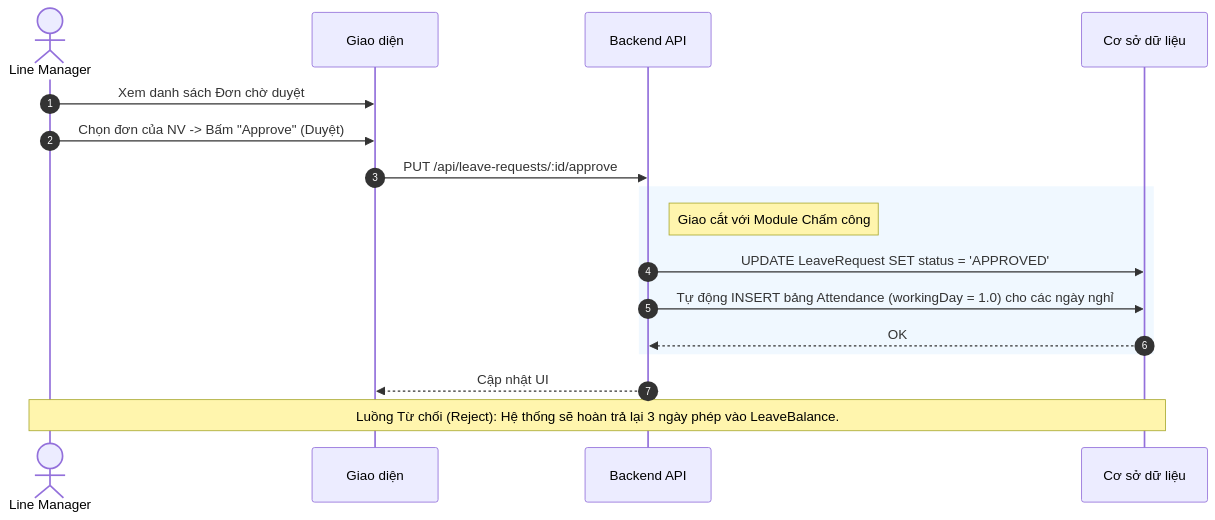
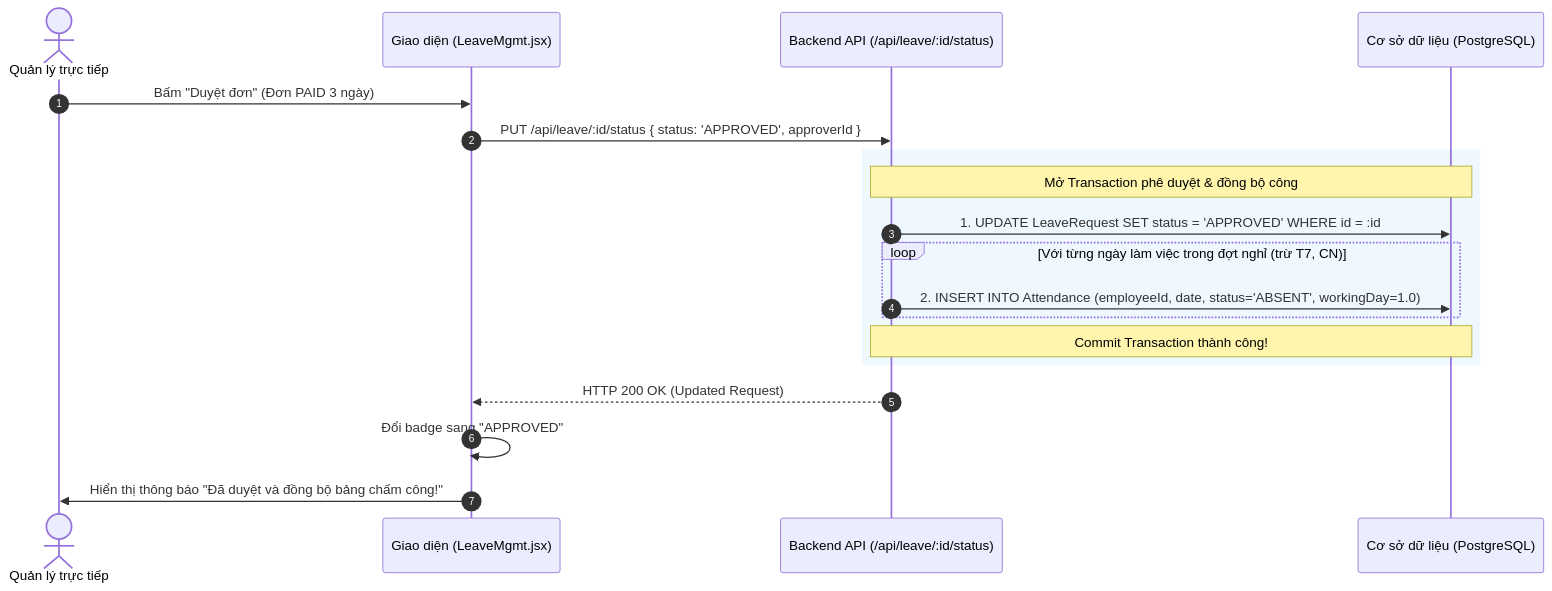
Before and after one commit to aye2710/HRM-DATN: the seventh of 7 diagrams in docs/Tài liệu phân tích nghiệp vụ từng module/Module Nghỉ phép và OT/Chuc-nang-Nghi-Phep.md, drawn with Mermaid. The commit also changed other lines of this file and 27 other files, not shown here.

````diff
--- a/docs/Tài liệu phân tích nghiệp vụ từng module/Module Nghỉ phép và OT/Chuc-nang-Nghi-Phep.md
+++ b/docs/Tài liệu phân tích nghiệp vụ từng module/Module Nghỉ phép và OT/Chuc-nang-Nghi-Phep.md
@@ -43,23 +263,25 @@
 ```mermaid
 sequenceDiagram
     autonumber
-    actor MNG as Line Manager
-    participant FE as Giao diện
-    participant BE as Backend API
-    participant DB as Cơ sở dữ liệu
+    actor MGR as Quản lý trực tiếp
+    participant FE as Giao diện (LeaveMgmt.jsx)
+    participant BE as Backend API (/api/leave/:id/status)
+    participant DB as Cơ sở dữ liệu (PostgreSQL)
 
-    MNG->>FE: Xem danh sách Đơn chờ duyệt
-    MNG->>FE: Chọn đơn của NV -> Bấm "Approve" (Duyệt)
-    FE->>BE: PUT /api/leave-requests/:id/approve
+    MGR->>FE: Bấm "Duyệt đơn" (Đơn PAID 3 ngày)
+    FE->>BE: PUT /api/leave/:id/status { status: 'APPROVED', approverId }
     
     rect rgb(240, 248, 255)
-        note right of BE: Giao cắt với Module Chấm công
-        BE->>DB: UPDATE LeaveRequest SET status = 'APPROVED'
-        BE->>DB: Tự động INSERT bảng Attendance (workingDay = 1.0) cho các ngày nghỉ
-        DB-->>BE: OK
+        Note over BE, DB: Mở Transaction phê duyệt & đồng bộ công
+        BE->>DB: 1. UPDATE LeaveRequest SET status = 'APPROVED' WHERE id = :id
+        
+        loop Với từng ngày làm việc trong đợt nghỉ (trừ T7, CN)
+            BE->>DB: 2. INSERT INTO Attendance (employeeId, date, status='ABSENT', workingDay=1.0)
+        end
+        Note over BE, DB: Commit Transaction thành công!
     end
     
-    BE-->>FE: Cập nhật UI
-    
-    note over MNG, DB: Luồng Từ chối (Reject): Hệ thống sẽ hoàn trả lại 3 ngày phép vào LeaveBalance.
+    BE-->>FE: HTTP 200 OK (Updated Request)
+    FE->>FE: Đổi badge sang "APPROVED"
+    FE->>MGR: Hiển thị thông báo "Đã duyệt và đồng bộ bảng chấm công!"
 ```
````
